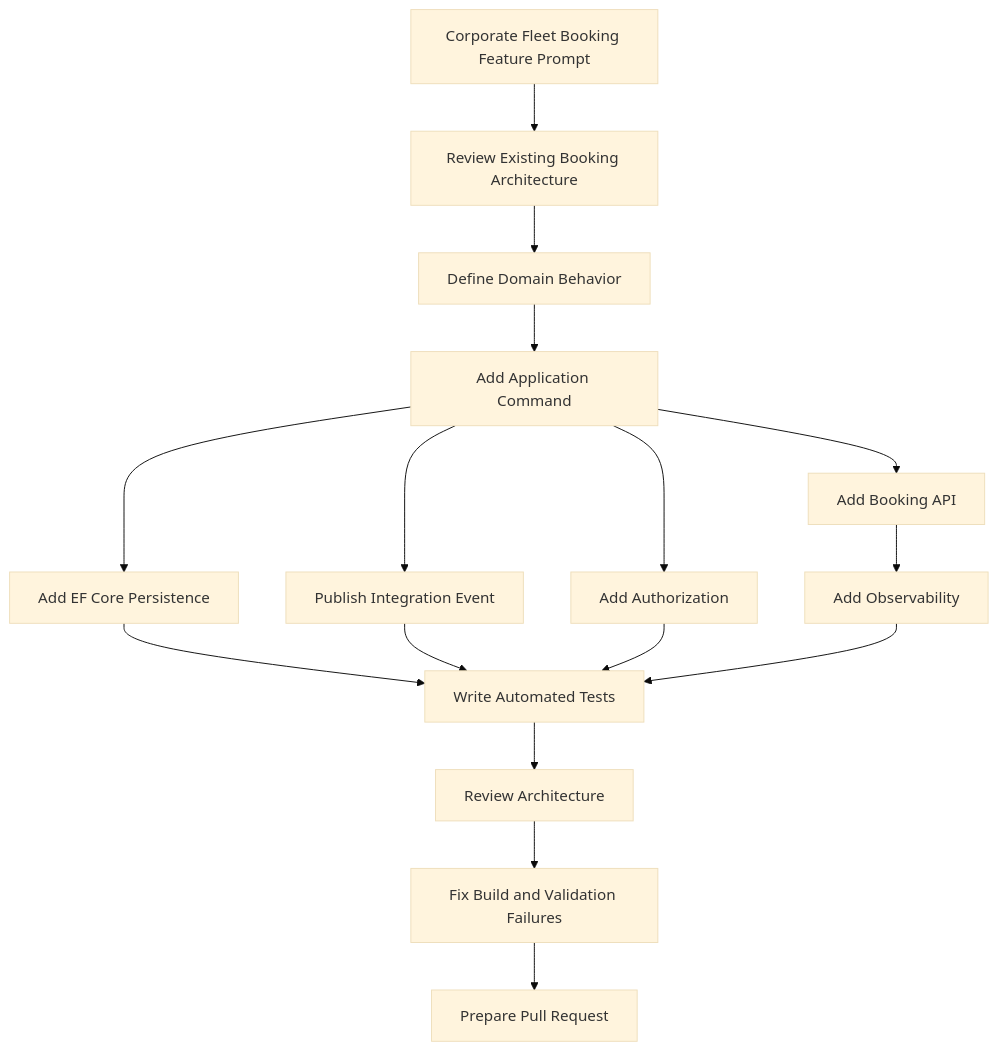
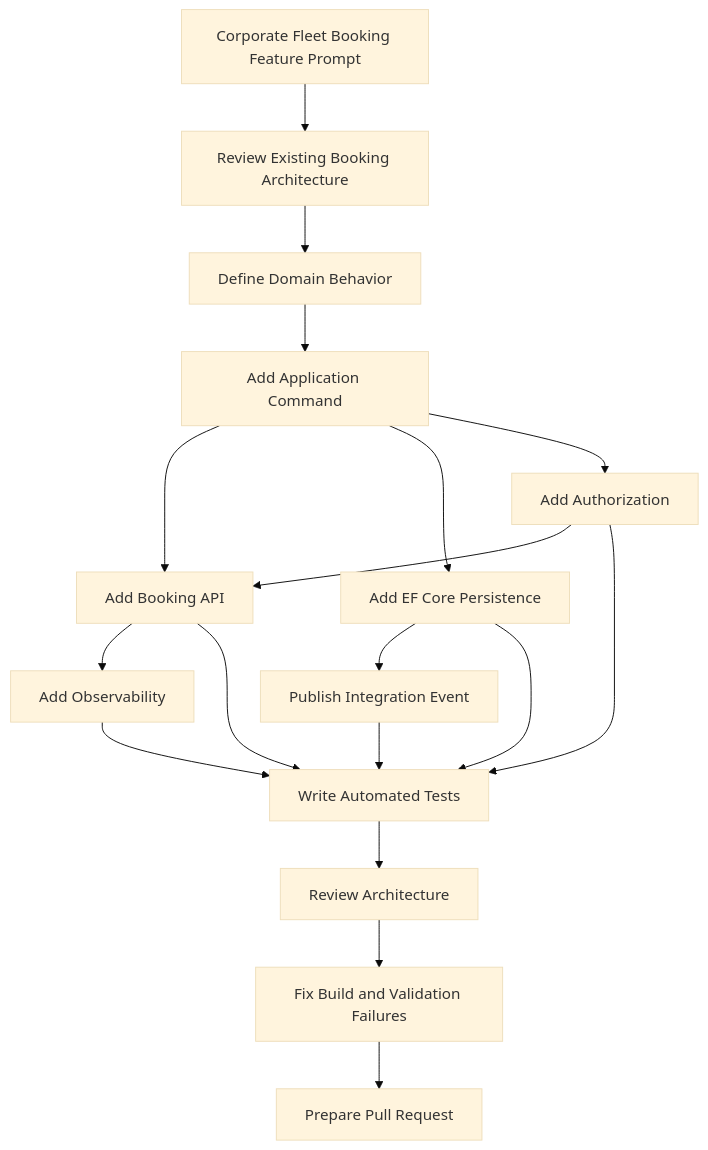
One commit to sheikh-zeeshan/Enterprise-AI-Engineering-Handbook changed diagram 11 of 13 in book/08-prompts.md. Above: the diagram before and after it, drawn with Mermaid (base theme). The commit also changed other lines of this file and 49 other files, not shown here.

````diff
--- a/book/08-prompts.md
+++ b/book/08-prompts.md
@@ -2459,33 +2429,35 @@
 ```mermaid
 flowchart TD
-    F[Corporate Fleet Booking Feature Prompt]
+    F["Corporate Fleet Booking Feature Prompt"]
 
-    A[Review Existing Booking Architecture]
-    B[Define Domain Behavior]
-    C[Add Application Command]
-    D[Add Booking API]
-    E[Add EF Core Persistence]
-    G[Publish Integration Event]
-    H[Add Authorization]
-    I[Add Observability]
-    J[Write Automated Tests]
-    K[Review Architecture]
-    L[Fix Build and Validation Failures]
-    M[Prepare Pull Request]
+    A["Review Existing Booking Architecture"]
+    B["Define Domain Behavior"]
+    C["Add Application Command"]
+    D["Add Booking API"]
+    E["Add EF Core Persistence"]
+    G["Publish Integration Event"]
+    H["Add Authorization"]
+    I["Add Observability"]
+    J["Write Automated Tests"]
+    K["Review Architecture"]
+    L["Fix Build and Validation Failures"]
+    M["Prepare Pull Request"]
 
     F --> A
     A --> B
     B --> C
     C --> D
     C --> E
-    C --> G
+    E --> G
+    H --> D
     C --> H
     D --> I
+    D --> J
     E --> J
     G --> J
     H --> J
     I --> J
     J --> K
     K --> L
     L --> M
 ```
````
